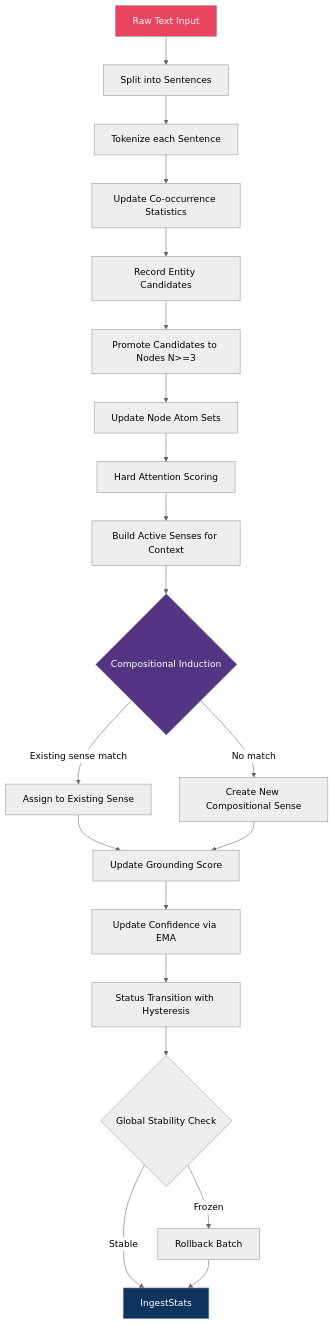
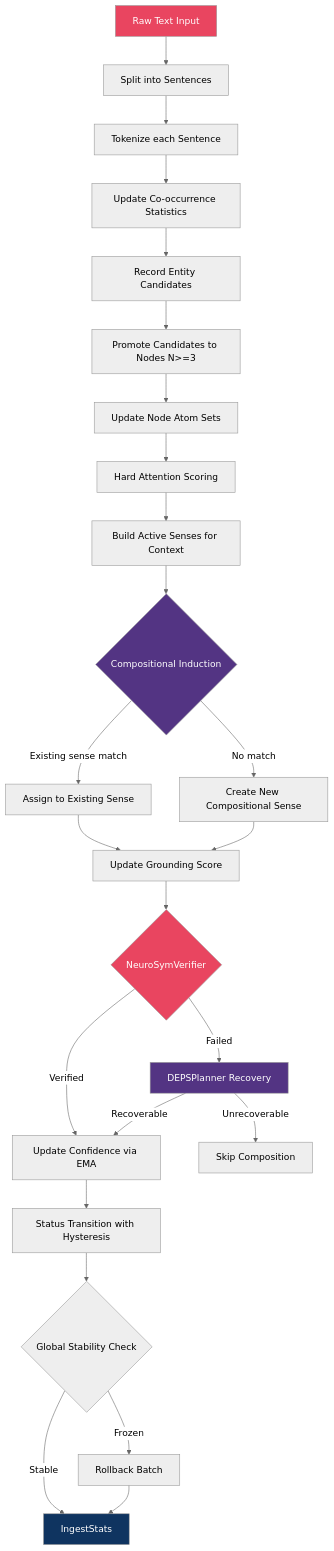
One commit to Wolfvin/AphantasicAbstractionModel changed the second of 8 diagrams in ARCHITECTURE.md. Above: the diagram before and after it, drawn with Mermaid (neutral theme). The commit also changed other lines of this file and 8 other files, not shown here.

````diff
--- a/ARCHITECTURE.md
+++ b/ARCHITECTURE.md
@@ -259,26 +289,32 @@
 ```mermaid
 flowchart TD
     TEXT[Raw Text Input] --> SPLIT[Split into Sentences]
     SPLIT --> TOK[Tokenize each Sentence]
     TOK --> COOC[Update Co-occurrence Statistics]
     COOC --> ENT[Record Entity Candidates]
     ENT --> PROMO[Promote Candidates to Nodes N>=3]
     PROMO --> ATOMS[Update Node Atom Sets]
     ATOMS --> ATT[Hard Attention Scoring]
     ATT --> ACTIVE[Build Active Senses for Context]
     ACTIVE --> INDUCE{Compositional Induction}
     INDUCE -->|Existing sense match| ASSIGN[Assign to Existing Sense]
     INDUCE -->|No match| CREATE[Create New Compositional Sense]
     ASSIGN --> GROUND[Update Grounding Score]
     CREATE --> GROUND
-    GROUND --> CONF[Update Confidence via EMA]
+    GROUND --> VERIFY{NeuroSymVerifier}
+    VERIFY -->|Verified| CONF[Update Confidence via EMA]
+    VERIFY -->|Failed| DEPS[DEPSPlanner Recovery]
+    DEPS -->|Recoverable| CONF
+    DEPS -->|Unrecoverable| SKIP[Skip Composition]
     CONF --> LIFECYCLE[Status Transition with Hysteresis]
     LIFECYCLE --> STABILITY{Global Stability Check}
     STABILITY -->|Stable| DONE[IngestStats]
     STABILITY -->|Frozen| ROLLBACK[Rollback Batch]
     ROLLBACK --> DONE
 
     style TEXT fill:#e94560,color:#fff
     style INDUCE fill:#533483,color:#fff
+    style VERIFY fill:#e94560,color:#fff
+    style DEPS fill:#533483,color:#fff
     style DONE fill:#0f3460,color:#fff
 ```
````
